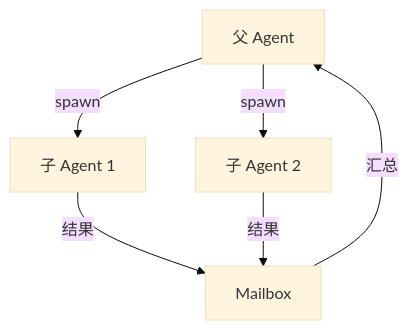
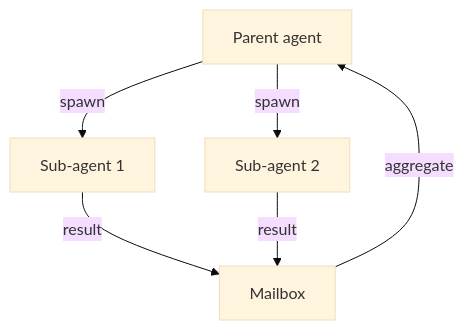
Before and after one commit to yibn2008/learn-codex: the sixth of 6 diagrams in wiki/01-architecture-overview.md, drawn with Mermaid (base theme). The commit also changed other lines of this file and 32 other files, not shown here.

````diff
--- a/wiki/01-architecture-overview.md
+++ b/wiki/01-architecture-overview.md
@@ -287,8 +289,8 @@
 ```mermaid
 graph TD
-    PARENT[父 Agent] -->|spawn| CHILD1[子 Agent 1]
-    PARENT -->|spawn| CHILD2[子 Agent 2]
-    CHILD1 -->|结果| MB[Mailbox]
-    CHILD2 -->|结果| MB
-    MB -->|汇总| PARENT
+    PARENT[Parent agent] -->|spawn| CHILD1[Sub-agent 1]
+    PARENT -->|spawn| CHILD2[Sub-agent 2]
+    CHILD1 -->|result| MB[Mailbox]
+    CHILD2 -->|result| MB
+    MB -->|aggregate| PARENT
 ```
````
